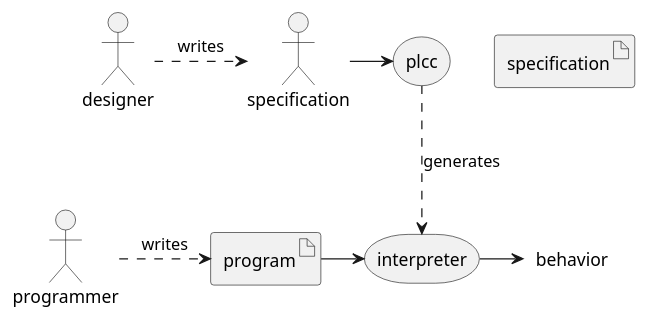
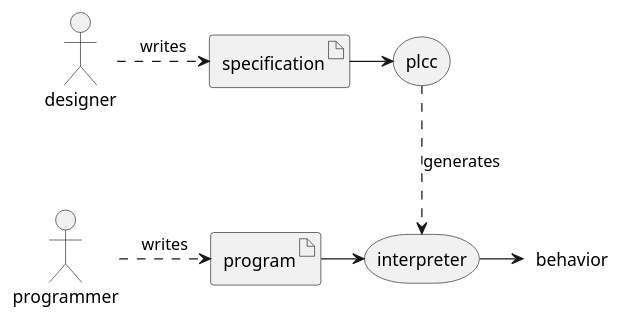
The first of 3 diagrams in textbook/01-overview.md (ourPLCC/course-materials-ng), drawn with PlantUML before and after one commit.

Commit message:
Potential fix for pull request finding

````diff
--- a/textbook/01-overview.md
+++ b/textbook/01-overview.md
@@ -22,29 +22,29 @@
 ```plantuml
 @startuml
 actor designer
 actor programmer
 
-artifact specificiation [
+artifact specification [
     specification
 ]
 
 storage plcc
 
 storage interpreter [
     interpreter
 ]
 
 artifact program [
     program
 ]
 
 label behavior
 
 designer .> specification : writes
 specification -> plcc
 plcc ..> interpreter :generates
 program -> interpreter
 interpreter -> behavior
 programmer .> program : writes
 @enduml
 ```
````
